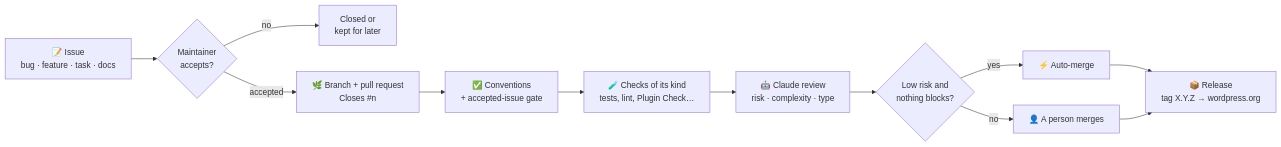
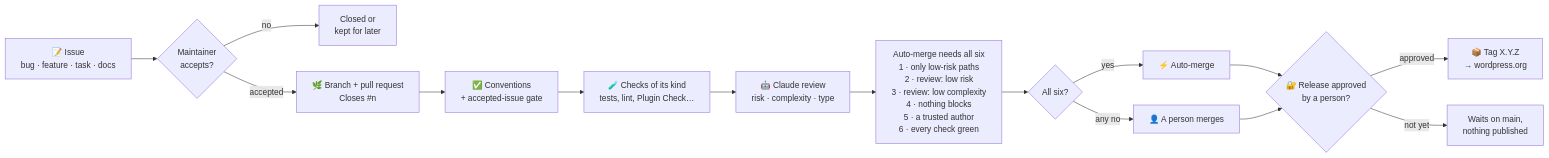
Before and after one commit to DiluxOne/.github: the first of 2 diagrams in README.md, drawn with Mermaid. The commit also changed other lines of this file, not shown here.

Commit message:
docs: the diagram shows every auto-merge condition and the release approval

````diff
--- a/README.md
+++ b/README.md
@@ -18,14 +18,17 @@
 ```mermaid
 flowchart LR
     A["📝 Issue<br/>bug · feature · task · docs"] --> B{"Maintainer<br/>accepts?"}
     B -- "no" --> X["Closed or<br/>kept for later"]
     B -- "accepted" --> C["🌿 Branch + pull request<br/>Closes #n"]
     C --> D["✅ Conventions<br/>+ accepted-issue gate"]
     D --> E["🧪 Checks of its kind<br/>tests, lint, Plugin Check…"]
     E --> F["🤖 Claude review<br/>risk · complexity · type"]
-    F --> G{"Low risk and<br/>nothing blocks?"}
+    F --> L["Auto-merge needs all six<br/>1 · only low-risk paths<br/>2 · review: low risk<br/>3 · review: low complexity<br/>4 · nothing blocks<br/>5 · a trusted author<br/>6 · every check green"]
+    L --> G{"All six?"}
     G -- "yes" --> H["⚡ Auto-merge"]
-    G -- "no" --> I["👤 A person merges"]
-    H --> J["📦 Release<br/>tag X.Y.Z → wordpress.org"]
-    I --> J
+    G -- "any no" --> I["👤 A person merges"]
+    H --> R{"🔐 Release approved<br/>by a person?"}
+    I --> R
+    R -- "approved" --> J["📦 Tag X.Y.Z<br/>→ wordpress.org"]
+    R -- "not yet" --> W["Waits on main,<br/>nothing published"]
 ```
````
